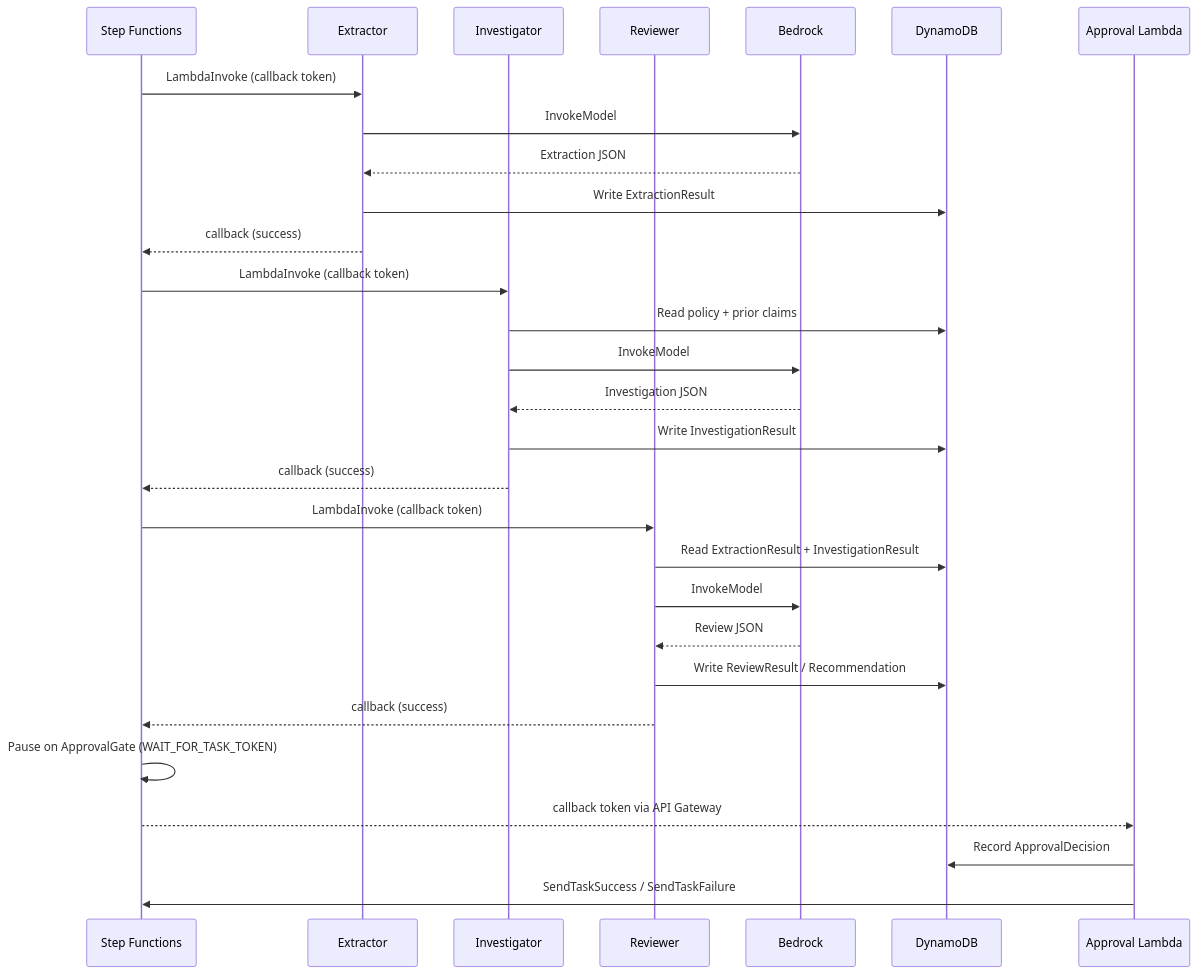
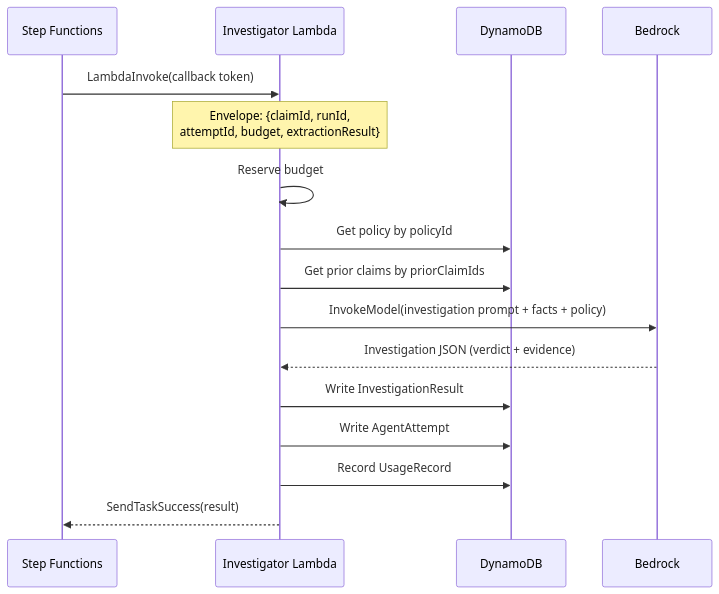
The third of 8 diagrams in README.md (apLanka/verdikt), drawn with Mermaid before and after one commit. The commit also changed other lines of this file, not shown here.

First line of the commit message:
docs(F12): rewrite README with clear architecture diagrams

````diff
--- a/README.md
+++ b/README.md
@@ -81,35 +106,19 @@
 ```mermaid
 sequenceDiagram
-    participant S as Step Functions
-    participant E as Extractor
-    participant I as Investigator
-    participant R as Reviewer
+    participant SFN as Step Functions
+    participant I as Investigator Lambda
+    participant DB as DynamoDB
     participant B as Bedrock
-    participant D as DynamoDB
-    participant A as Approval Lambda
 
-    S->>E: LambdaInvoke (callback token)
-    E->>B: InvokeModel
-    B-->>E: Extraction JSON
-    E->>D: Write ExtractionResult
-    E-->>S: callback (success)
-
-    S->>I: LambdaInvoke (callback token)
-    I->>D: Read policy + prior claims
-    I->>B: InvokeModel
-    B-->>I: Investigation JSON
-    I->>D: Write InvestigationResult
-    I-->>S: callback (success)
-
-    S->>R: LambdaInvoke (callback token)
-    R->>D: Read ExtractionResult + InvestigationResult
-    R->>B: InvokeModel
-    B-->>R: Review JSON
-    R->>D: Write ReviewResult / Recommendation
-    R-->>S: callback (success)
-
-    S->>S: Pause on ApprovalGate (WAIT_FOR_TASK_TOKEN)
-    S-->>A: callback token via API Gateway
-    A->>D: Record ApprovalDecision
-    A->>S: SendTaskSuccess / SendTaskFailure
+    SFN->>I: LambdaInvoke(callback token)
+    Note over I: Envelope: {claimId, runId,<br/>attemptId, budget, extractionResult}
+    I->>I: Reserve budget
+    I->>DB: Get policy by policyId
+    I->>DB: Get prior claims by priorClaimIds
+    I->>B: InvokeModel(investigation prompt + facts + policy)
+    B-->>I: Investigation JSON (verdict + evidence)
+    I->>DB: Write InvestigationResult
+    I->>DB: Write AgentAttempt
+    I->>DB: Record UsageRecord
+    I-->>SFN: SendTaskSuccess(result)
 ```
````
